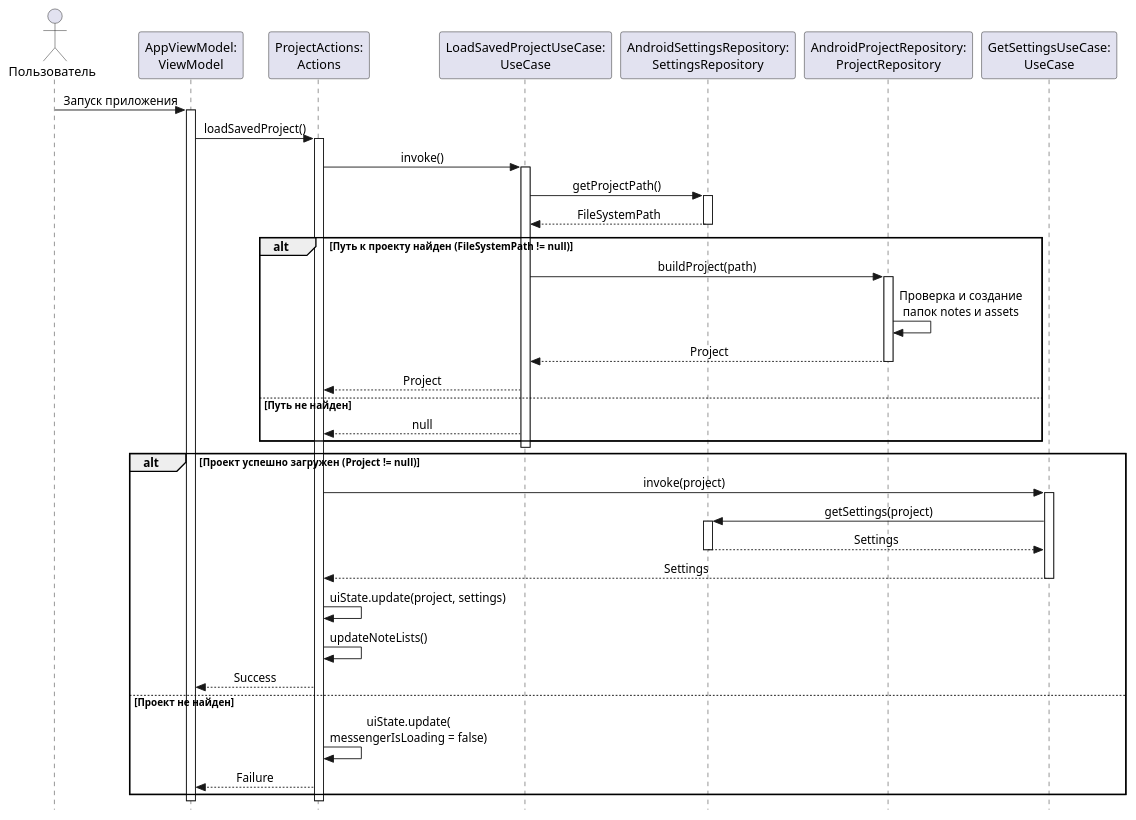
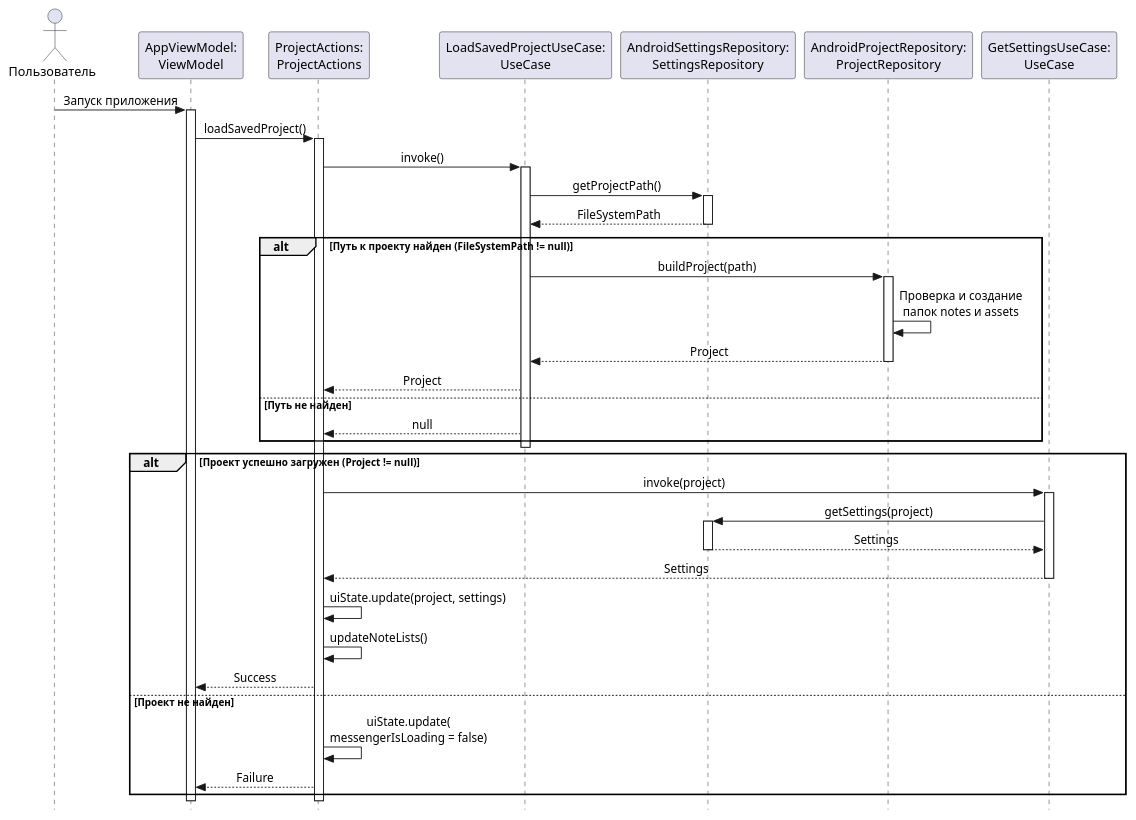
One commit to mangustc/markdown-editor changed the diagram in plantuml/sequence-load-saved-project.puml. Above: the diagram before and after it, drawn with PlantUML. The commit also changed 5 other files, not shown here.

Commit message:
update diagrams

```diff
--- a/plantuml/sequence-load-saved-project.puml
+++ b/plantuml/sequence-load-saved-project.puml
@@ -1,63 +1,63 @@
 @startuml
 skinparam style strictuml
 skinparam sequenceMessageAlign center
 
 actor "Пользователь" as User
 participant "AppViewModel:\nViewModel" as VM
-participant "ProjectActions:\nActions" as Actions
+participant "ProjectActions:\nProjectActions" as Actions
 participant "LoadSavedProjectUseCase:\nUseCase" as LoadUseCase
 participant "AndroidSettingsRepository:\nSettingsRepository" as SettingsRepo
 participant "AndroidProjectRepository:\nProjectRepository" as ProjectRepo
 participant "GetSettingsUseCase:\nUseCase" as SettingsUseCase
 
 User -> VM : Запуск приложения
 activate VM
 
 VM -> Actions :  loadSavedProject()
 activate Actions
 
 Actions -> LoadUseCase :  invoke()
 activate LoadUseCase
 
 LoadUseCase -> SettingsRepo :  getProjectPath()
 activate SettingsRepo
 SettingsRepo --> LoadUseCase :  FileSystemPath
 deactivate SettingsRepo
 
 alt Путь к проекту найден (FileSystemPath != null)
     LoadUseCase -> ProjectRepo :  buildProject(path)
     activate ProjectRepo
 
     ProjectRepo -> ProjectRepo : Проверка и создание\nпапок notes и assets
 
     ProjectRepo --> LoadUseCase :  Project
     deactivate ProjectRepo
 
     LoadUseCase --> Actions :  Project
 else Путь не найден
     LoadUseCase --> Actions :  null
 end
 deactivate LoadUseCase
 
 alt Проект успешно загружен (Project != null)
     Actions -> SettingsUseCase :  invoke(project)
     activate SettingsUseCase
     SettingsUseCase -> SettingsRepo :  getSettings(project)
     activate SettingsRepo
     SettingsRepo --> SettingsUseCase :  Settings
     deactivate SettingsRepo
     SettingsUseCase --> Actions :  Settings
     deactivate SettingsUseCase
 
     Actions -> Actions :  uiState.update(project, settings)
     Actions -> Actions :  updateNoteLists()
     Actions --> VM :  Success
 else Проект не найден
     Actions -> Actions :  uiState.update(\nmessengerIsLoading = false)
     Actions --> VM :  Failure
 end
 
 deactivate Actions
 deactivate VM
 
 @enduml
```
